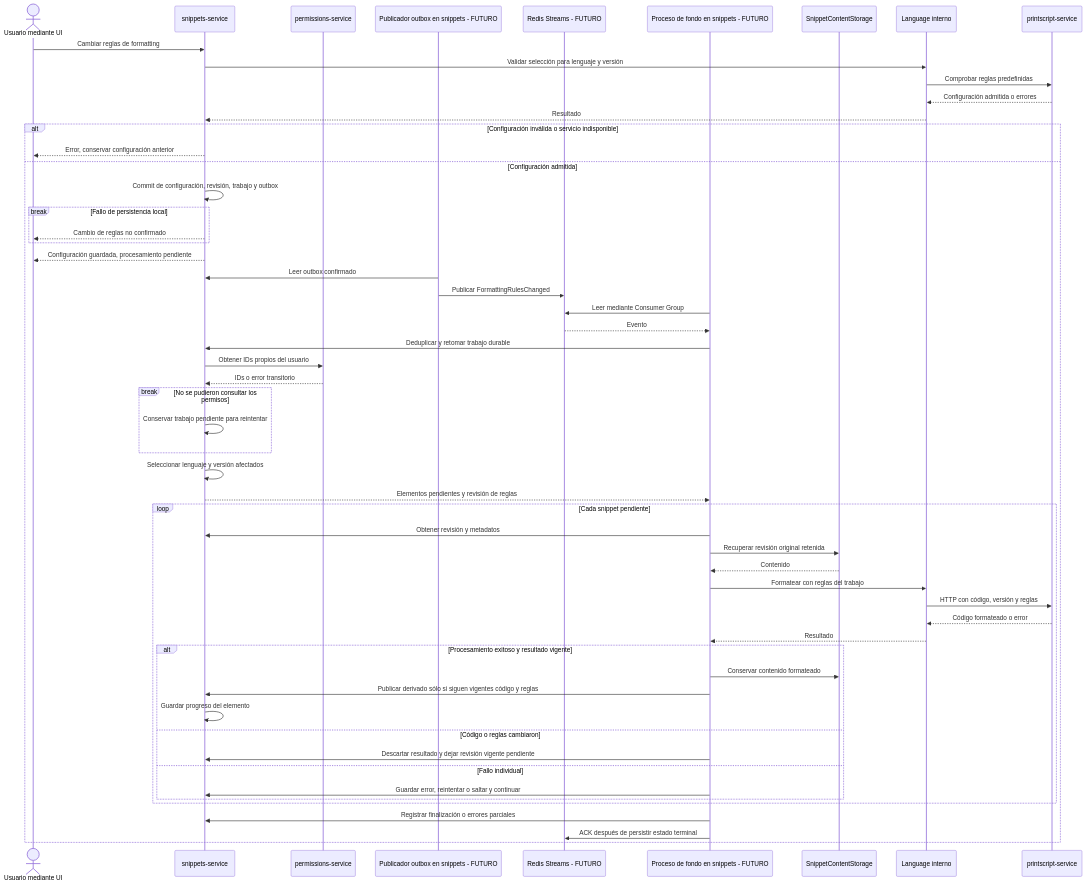
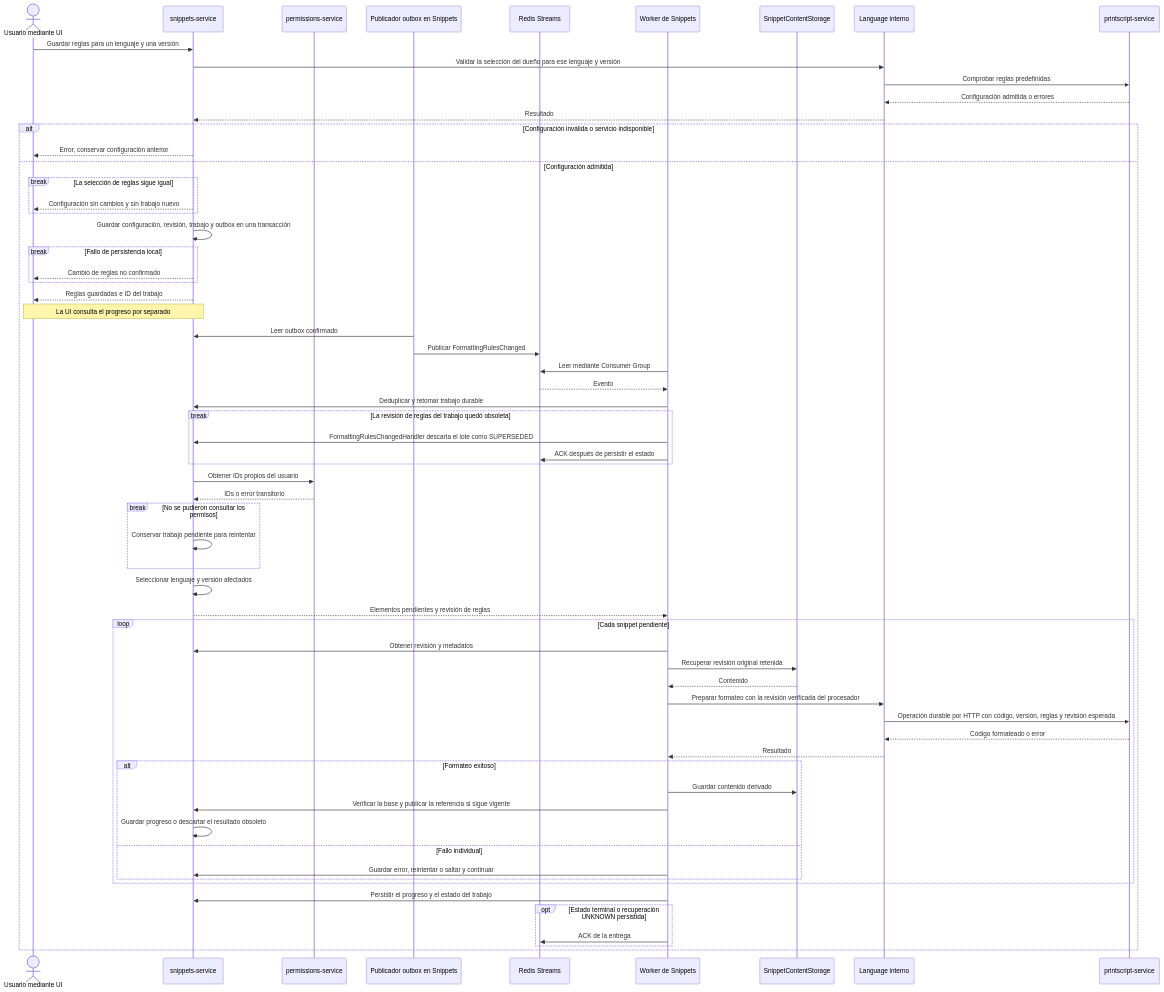
Before and after one commit to JJT-INGSIS/snippet-searcher-infra: the diagram in docs/architecture/flows/formatting.md, drawn with Mermaid. The commit also changed other lines of this file and 56 other files, not shown here.

````diff
--- a/docs/architecture/flows/formatting.md
+++ b/docs/architecture/flows/formatting.md
@@ -10,63 +11,71 @@
 ```mermaid
 sequenceDiagram
     actor UI as Usuario mediante UI
     participant S as snippets-service
     participant P as permissions-service
-    participant O as Publicador outbox en snippets - FUTURO
-    participant R as Redis Streams - FUTURO
-    participant B as Proceso de fondo en snippets - FUTURO
+    participant O as Publicador outbox en Snippets
+    participant R as Redis Streams
+    participant B as Worker de Snippets
     participant ST as SnippetContentStorage
     participant L as Language interno
     participant PS as printscript-service
 
-    UI->>S: Cambiar reglas de formatting
-    S->>L: Validar selección para lenguaje y versión
+    UI->>S: Guardar reglas para un lenguaje y una versión
+    S->>L: Validar la selección del dueño para ese lenguaje y versión
     L->>PS: Comprobar reglas predefinidas
     PS-->>L: Configuración admitida o errores
     L-->>S: Resultado
 
     alt Configuración inválida o servicio indisponible
         S-->>UI: Error, conservar configuración anterior
     else Configuración admitida
-        S->>S: Commit de configuración, revisión, trabajo y outbox
+        break La selección de reglas sigue igual
+            S-->>UI: Configuración sin cambios y sin trabajo nuevo
+        end
+        S->>S: Guardar configuración, revisión, trabajo y outbox en una transacción
         break Fallo de persistencia local
             S-->>UI: Cambio de reglas no confirmado
         end
-        S-->>UI: Configuración guardada, procesamiento pendiente
+        S-->>UI: Reglas guardadas e ID del trabajo
+        Note over UI,S: La UI consulta el progreso por separado
 
         O->>S: Leer outbox confirmado
         O->>R: Publicar FormattingRulesChanged
         B->>R: Leer mediante Consumer Group
         R-->>B: Evento
         B->>S: Deduplicar y retomar trabajo durable
+        break La revisión de reglas del trabajo quedó obsoleta
+            B->>S: FormattingRulesChangedHandler descarta el lote como SUPERSEDED
+            B->>R: ACK después de persistir el estado
+        end
         S->>P: Obtener IDs propios del usuario
         P-->>S: IDs o error transitorio
         break No se pudieron consultar los permisos
             S->>S: Conservar trabajo pendiente para reintentar
         end
         S->>S: Seleccionar lenguaje y versión afectados
         S-->>B: Elementos pendientes y revisión de reglas
 
         loop Cada snippet pendiente
             B->>S: Obtener revisión y metadatos
             B->>ST: Recuperar revisión original retenida
             ST-->>B: Contenido
-            B->>L: Formatear con reglas del trabajo
-            L->>PS: HTTP con código, versión y reglas
+            B->>L: Preparar formateo con la revisión verificada del procesador
+            L->>PS: Operación durable por HTTP con código, versión, reglas y revisión esperada
             PS-->>L: Código formateado o error
             L-->>B: Resultado
 
-            alt Procesamiento exitoso y resultado vigente
-                B->>ST: Conservar contenido formateado
-                B->>S: Publicar derivado sólo si siguen vigentes código y reglas
-                S->>S: Guardar progreso del elemento
-            else Código o reglas cambiaron
-                B->>S: Descartar resultado y dejar revisión vigente pendiente
+            alt Formateo exitoso
+                B->>ST: Guardar contenido derivado
+                B->>S: Verificar la base y publicar la referencia si sigue vigente
+                S->>S: Guardar progreso o descartar el resultado obsoleto
             else Fallo individual
                 B->>S: Guardar error, reintentar o saltar y continuar
             end
         end
-        B->>S: Registrar finalización o errores parciales
-        B->>R: ACK después de persistir estado terminal
+        B->>S: Persistir el progreso y el estado del trabajo
+        opt Estado terminal o recuperación UNKNOWN persistida
+            B->>R: ACK de la entrega
+        end
     end
 ```
````
